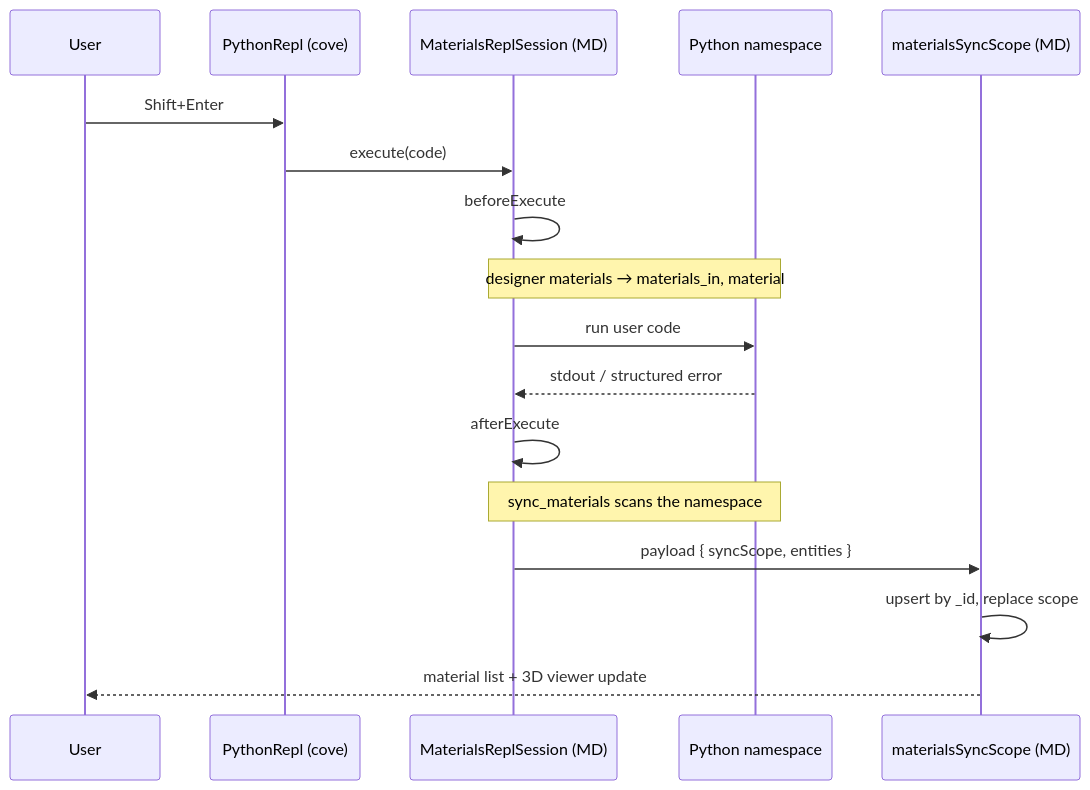
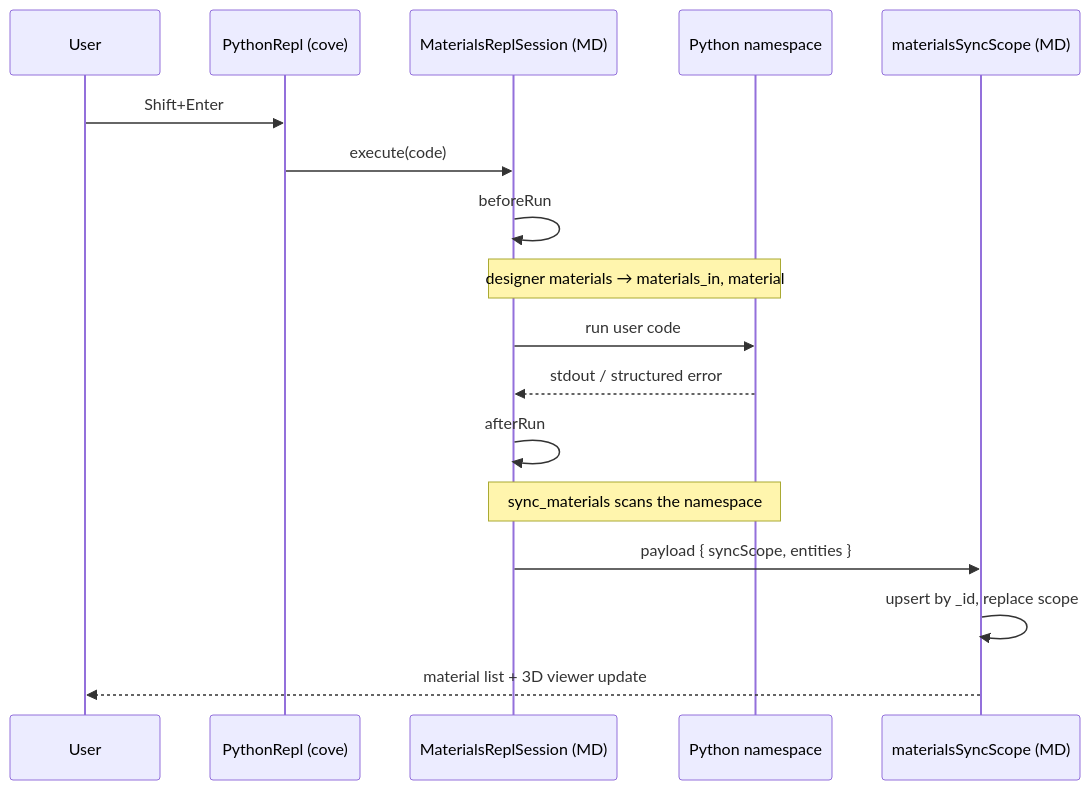
Before and after one commit to mat3ra/materials-designer: the second of 2 diagrams in docs/python-repl-architecture.md, drawn with Mermaid. The commit also changed other lines of this file and 5 other files, not shown here.

````diff
--- a/docs/python-repl-architecture.md
+++ b/docs/python-repl-architecture.md
@@ -68,20 +83,20 @@
 ```mermaid
 sequenceDiagram
     participant User
     participant UI as PythonRepl (cove)
     participant S as MaterialsReplSession (MD)
     participant Py as Python namespace
     participant R as materialsSyncScope (MD)
 
     User->>UI: Shift+Enter
     UI->>S: execute(code)
-    S->>S: beforeExecute
+    S->>S: beforeRun
     Note over S,Py: designer materials → materials_in, material
     S->>Py: run user code
     Py-->>S: stdout / structured error
-    S->>S: afterExecute
+    S->>S: afterRun
     Note over Py,S: sync_materials scans the namespace
     S->>R: payload { syncScope, entities }
     R->>R: upsert by _id, replace scope
     R-->>User: material list + 3D viewer update
 ```
````
